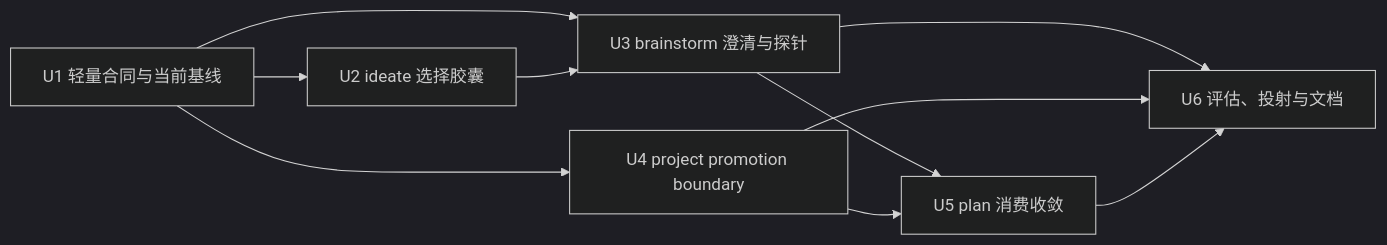
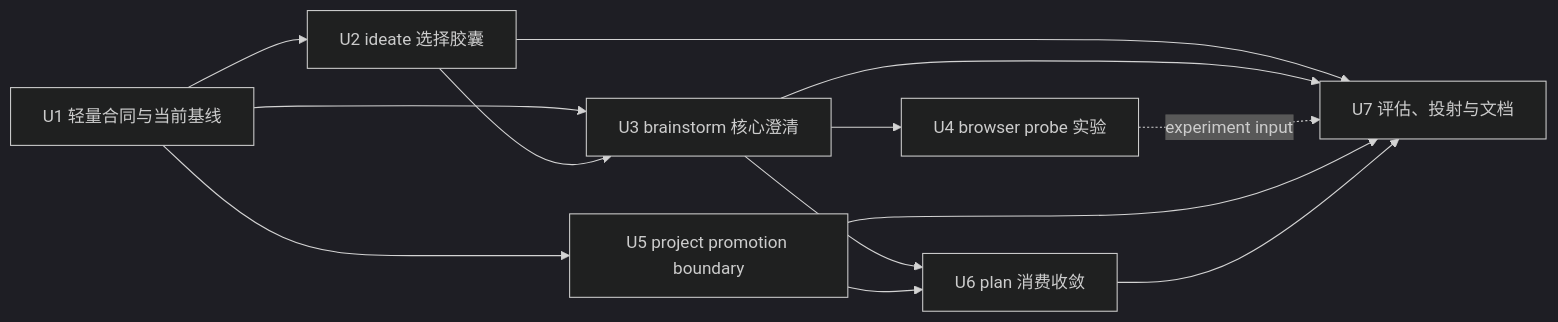
One commit to leo-kuang-ai/spec-first changed the third of 3 diagrams in docs/plans/2026-07-11-003-refactor-requirements-clarification-skills-integration-plan.md. Above: the diagram before and after it, drawn with Mermaid (dark theme). The commit also changed other lines of this file and 19 other files, not shown here.

````diff
--- a/docs/plans/2026-07-11-003-refactor-requirements-clarification-skills-integration-plan.md
+++ b/docs/plans/2026-07-11-003-refactor-requirements-clarification-skills-integration-plan.md
@@ -346,12 +346,15 @@
 ```mermaid
 flowchart LR
   U1[U1 轻量合同与当前基线] --> U2[U2 ideate 选择胶囊]
-  U1 --> U3[U3 brainstorm 澄清与探针]
-  U1 --> U4[U4 project promotion boundary]
+  U1 --> U3[U3 brainstorm 核心澄清]
+  U1 --> U5[U5 project promotion boundary]
   U2 --> U3
-  U3 --> U5[U5 plan 消费收敛]
-  U4 --> U5
-  U3 --> U6[U6 评估、投射与文档]
-  U4 --> U6
+  U3 --> U4[U4 browser probe 实验]
+  U3 --> U6[U6 plan 消费收敛]
   U5 --> U6
+  U2 --> U7[U7 评估、投射与文档]
+  U3 --> U7
+  U4 -. experiment input .-> U7
+  U5 --> U7
+  U6 --> U7
 ```
````
